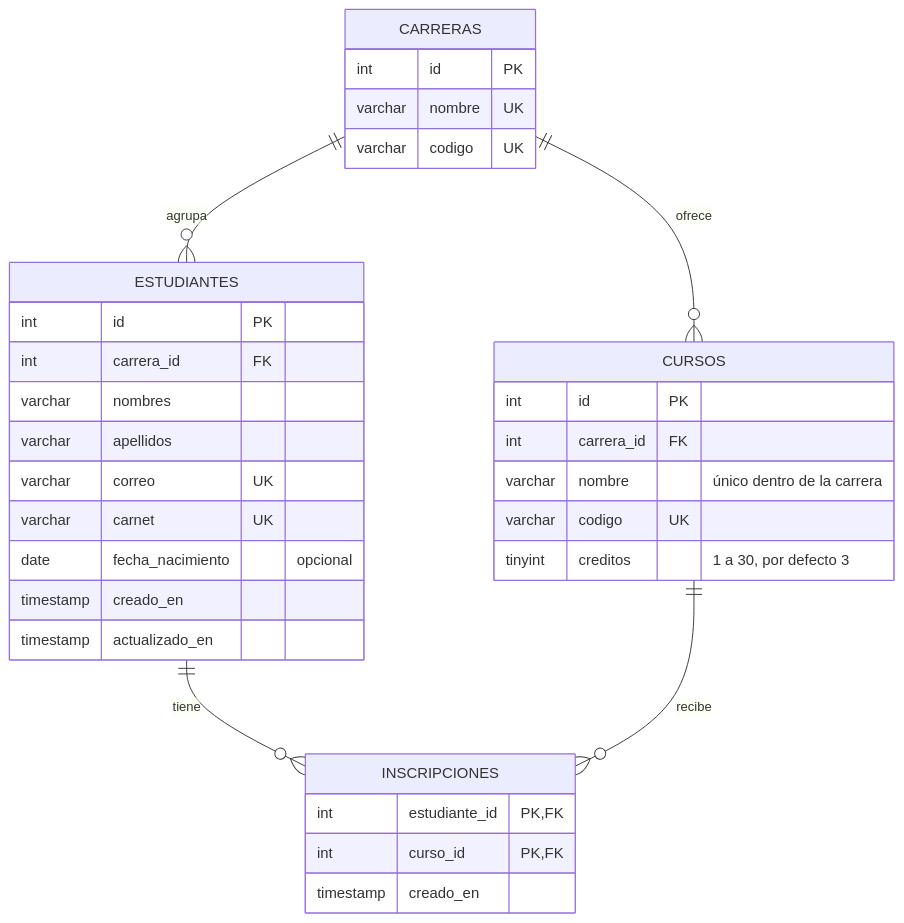
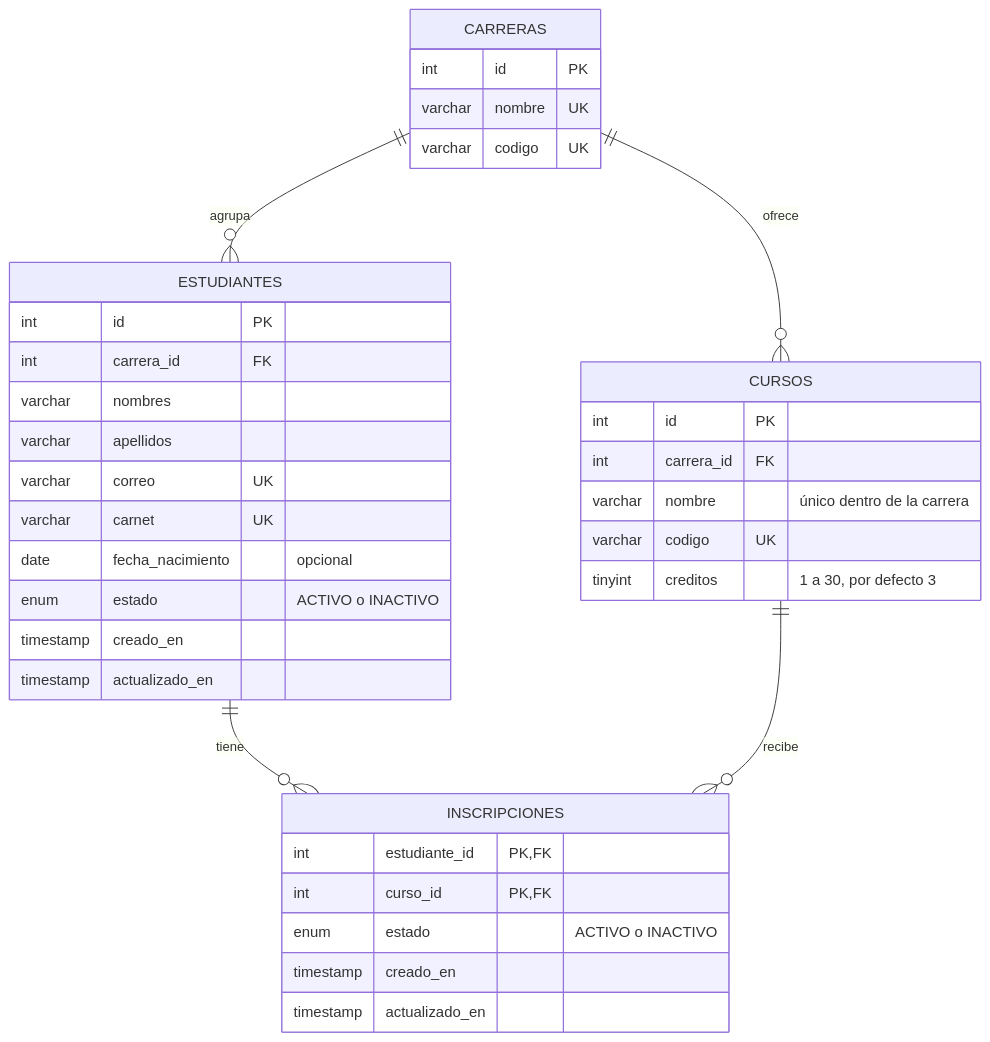
One commit to axelmarroquinn/sistema-academico changed the diagram in README.md. Above: the diagram before and after it, drawn with Mermaid. The commit also changed other lines of this file, not shown here.

````diff
--- a/README.md
+++ b/README.md
@@ -34,36 +35,39 @@
 ```mermaid
 erDiagram
     CARRERAS ||--o{ CURSOS : "ofrece"
     CARRERAS ||--o{ ESTUDIANTES : "agrupa"
     ESTUDIANTES ||--o{ INSCRIPCIONES : "tiene"
     CURSOS ||--o{ INSCRIPCIONES : "recibe"
 
     CARRERAS {
         int id PK
         varchar nombre UK
         varchar codigo UK
     }
     CURSOS {
         int id PK
         int carrera_id FK
         varchar nombre "único dentro de la carrera"
         varchar codigo UK
         tinyint creditos "1 a 30, por defecto 3"
     }
     ESTUDIANTES {
         int id PK
         int carrera_id FK
         varchar nombres
         varchar apellidos
         varchar correo UK
         varchar carnet UK
         date fecha_nacimiento "opcional"
+        enum estado "ACTIVO o INACTIVO"
         timestamp creado_en
         timestamp actualizado_en
     }
     INSCRIPCIONES {
         int estudiante_id PK, FK
         int curso_id PK, FK
+        enum estado "ACTIVO o INACTIVO"
         timestamp creado_en
+        timestamp actualizado_en
     }
 ```
````
